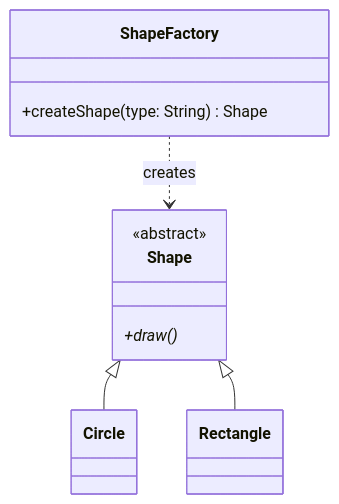
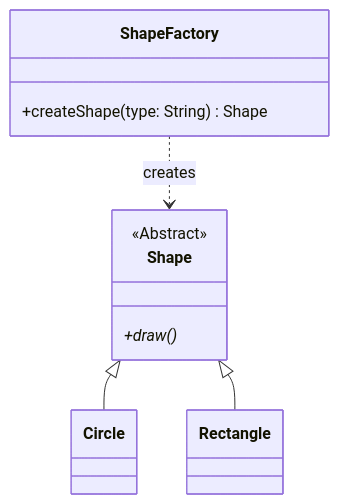
Before and after one commit to D1ZZY4/agent-skills: diagram 20 of 21 in mermaid-diagrams-expert/references/class-diagrams.md, drawn with Mermaid. The commit also changed other lines of this file and 9 other files, not shown here.

First line of the commit message:
docs(mermaid-diagrams-expert): modernize references against v12 docs

````diff
--- a/mermaid-diagrams-expert/references/class-diagrams.md
+++ b/mermaid-diagrams-expert/references/class-diagrams.md
@@ -330,15 +364,15 @@
 ```mermaid
 classDiagram
     class ShapeFactory {
         +createShape(type: String) Shape
     }
     
     class Shape {
-        <<abstract>>
+        <<Abstract>>
         +draw()*
     }
     
     ShapeFactory ..> Shape : creates
     Shape <|-- Circle
     Shape <|-- Rectangle
 ```
````
